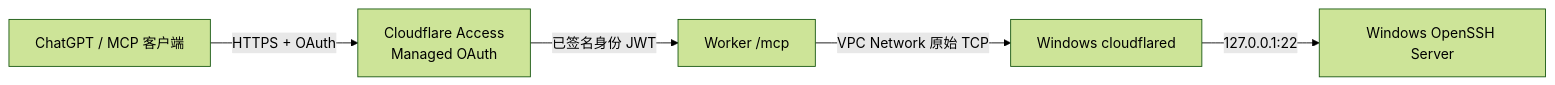
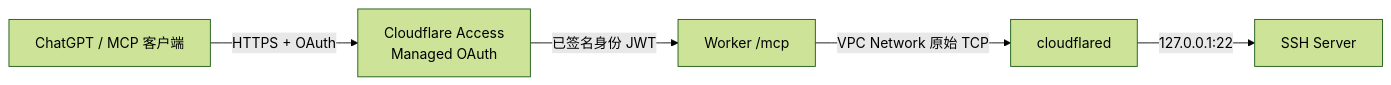
One commit to chuck-ma/cloudflare-ssh-mcp changed the diagram in README.md. Above: the diagram before and after it, drawn with Mermaid (forest theme). The commit also changed other lines of this file and 6 other files, not shown here.

````diff
--- a/README.md
+++ b/README.md
@@ -17,7 +17,7 @@
 ```mermaid
 flowchart LR
     C[ChatGPT / MCP 客户端] -->|HTTPS + OAuth| A[Cloudflare Access\nManaged OAuth]
     A -->|已签名身份 JWT| W[Worker /mcp]
-    W -->|VPC Network 原始 TCP| T[Windows cloudflared]
-    T -->|127.0.0.1:22| S[Windows OpenSSH Server]
+    W -->|VPC Network 原始 TCP| T[cloudflared]
+    T -->|127.0.0.1:22| S[SSH Server]
 ```
````
